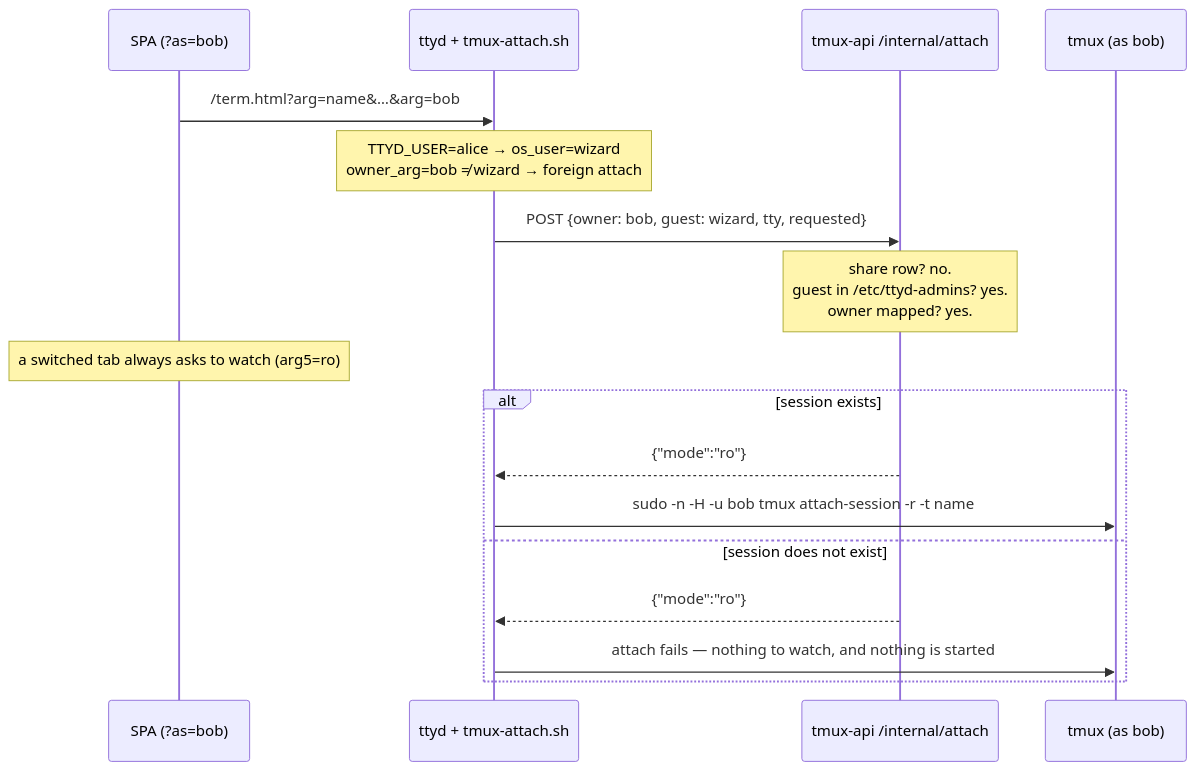
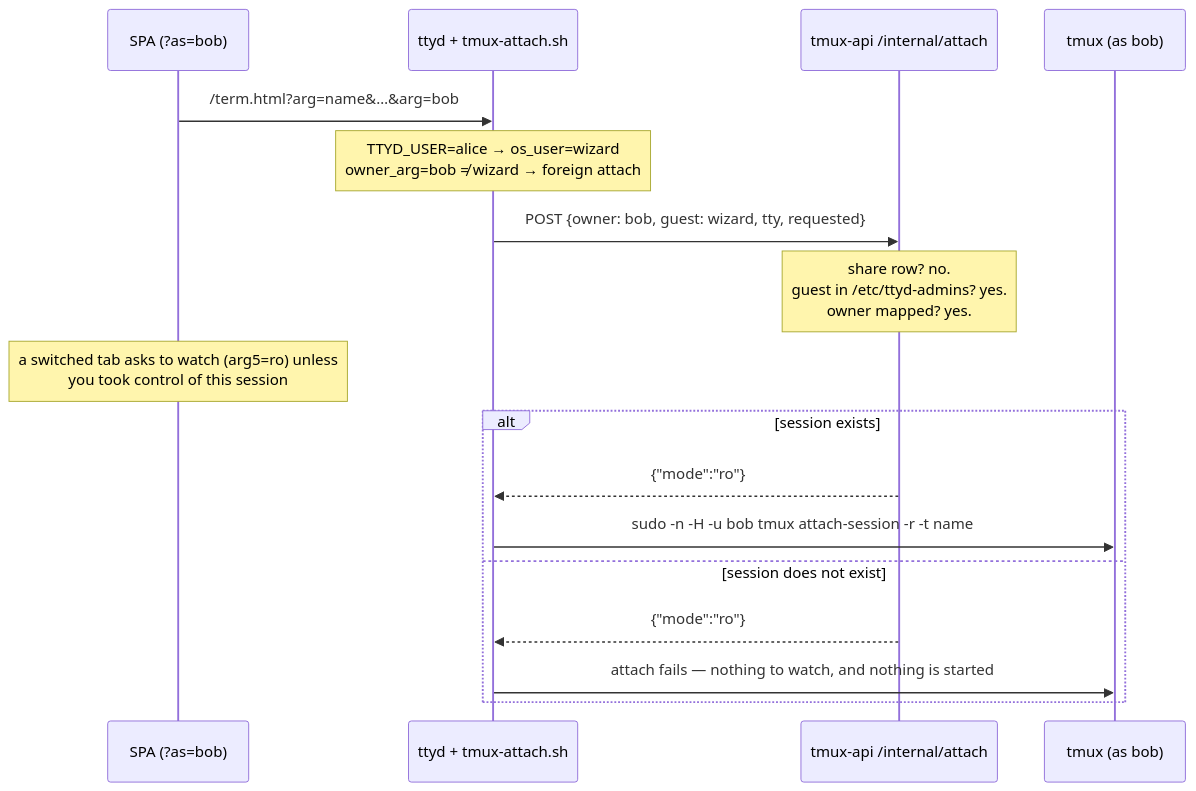
The third of 3 diagrams in docs/plans/2026-08-16-admin-act-as-user-design.md (ViktorBarzin/terminal-lobby), drawn with Mermaid before and after one commit. The commit also changed other lines of this file and 12 other files, not shown here.

````diff
--- a/docs/plans/2026-08-16-admin-act-as-user-design.md
+++ b/docs/plans/2026-08-16-admin-act-as-user-design.md
@@ -168,20 +209,20 @@
 ```mermaid
 sequenceDiagram
   participant SPA as SPA (?as=bob)
   participant TTYD as ttyd + tmux-attach.sh
   participant API as tmux-api /internal/attach
   participant TMUX as tmux (as bob)
 
   SPA->>TTYD: /term.html?arg=name&…&arg=bob
   Note over TTYD: TTYD_USER=alice → os_user=wizard<br/>owner_arg=bob ≠ wizard → foreign attach
   TTYD->>API: POST {owner: bob, guest: wizard, tty, requested}
   Note over API: share row? no.<br/>guest in /etc/ttyd-admins? yes.<br/>owner mapped? yes.
-  Note over SPA: a switched tab always asks to watch (arg5=ro)
+  Note over SPA: a switched tab asks to watch (arg5=ro) unless<br/>you took control of this session
   alt session exists
     API-->>TTYD: {"mode":"ro"}
     TTYD->>TMUX: sudo -n -H -u bob tmux attach-session -r -t name
   else session does not exist
     API-->>TTYD: {"mode":"ro"}
     TTYD->>TMUX: attach fails — nothing to watch, and nothing is started
   end
 ```
````
